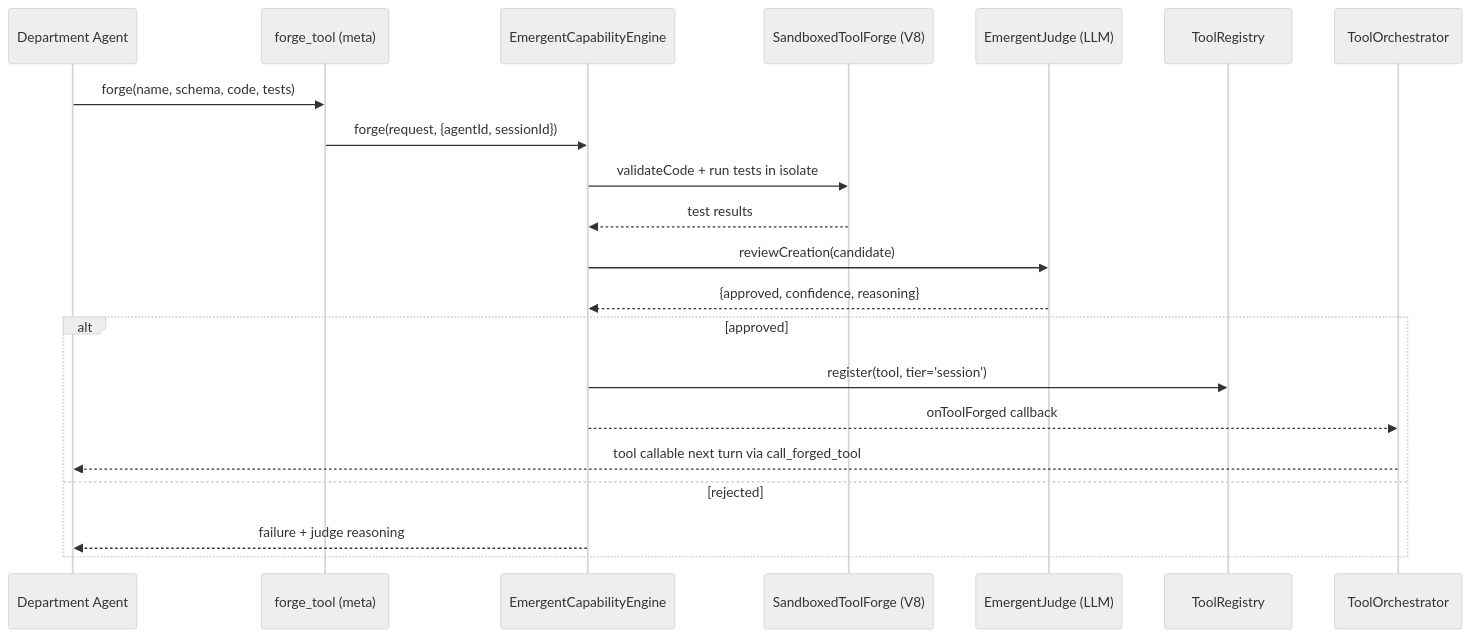
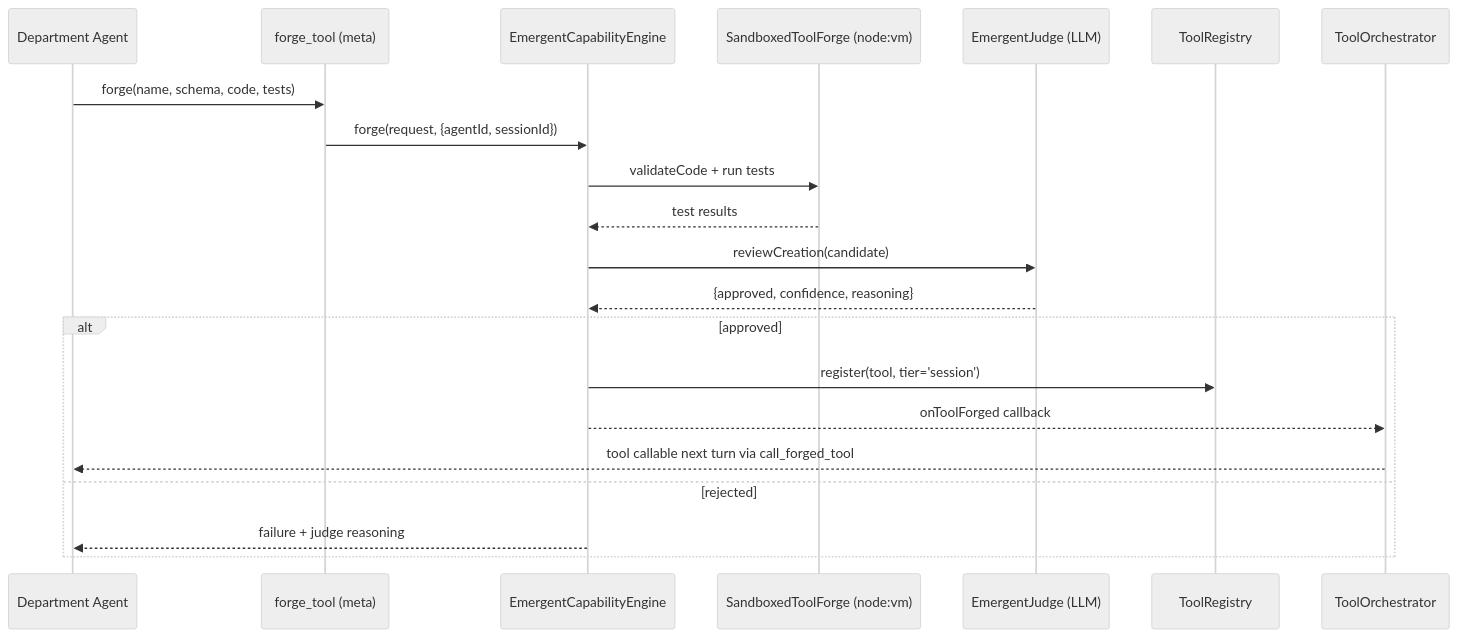
Before and after one commit to framerslab/agentos.sh: the second of 2 diagrams in content/blog/inside-mars-genesis-ai-colony-simulation.md, drawn with Mermaid (neutral theme). The commit also changed other lines of this file and 38 other files, not shown here.

````diff
--- a/content/blog/inside-mars-genesis-ai-colony-simulation.md
+++ b/content/blog/inside-mars-genesis-ai-colony-simulation.md
@@ -173,24 +177,24 @@
 ```mermaid
 sequenceDiagram
     participant A as Department Agent
     participant F as forge_tool (meta)
     participant E as EmergentCapabilityEngine
-    participant S as SandboxedToolForge (V8)
+    participant S as SandboxedToolForge (node:vm)
     participant J as EmergentJudge (LLM)
     participant R as ToolRegistry
     participant O as ToolOrchestrator
 
     A->>F: forge(name, schema, code, tests)
     F->>E: forge(request, {agentId, sessionId})
-    E->>S: validateCode + run tests in isolate
+    E->>S: validateCode + run tests
     S-->>E: test results
     E->>J: reviewCreation(candidate)
     J-->>E: {approved, confidence, reasoning}
     alt approved
         E->>R: register(tool, tier='session')
         E-->>O: onToolForged callback
         O-->>A: tool callable next turn via call_forged_tool
     else rejected
         E-->>A: failure + judge reasoning
     end
 ```
````
